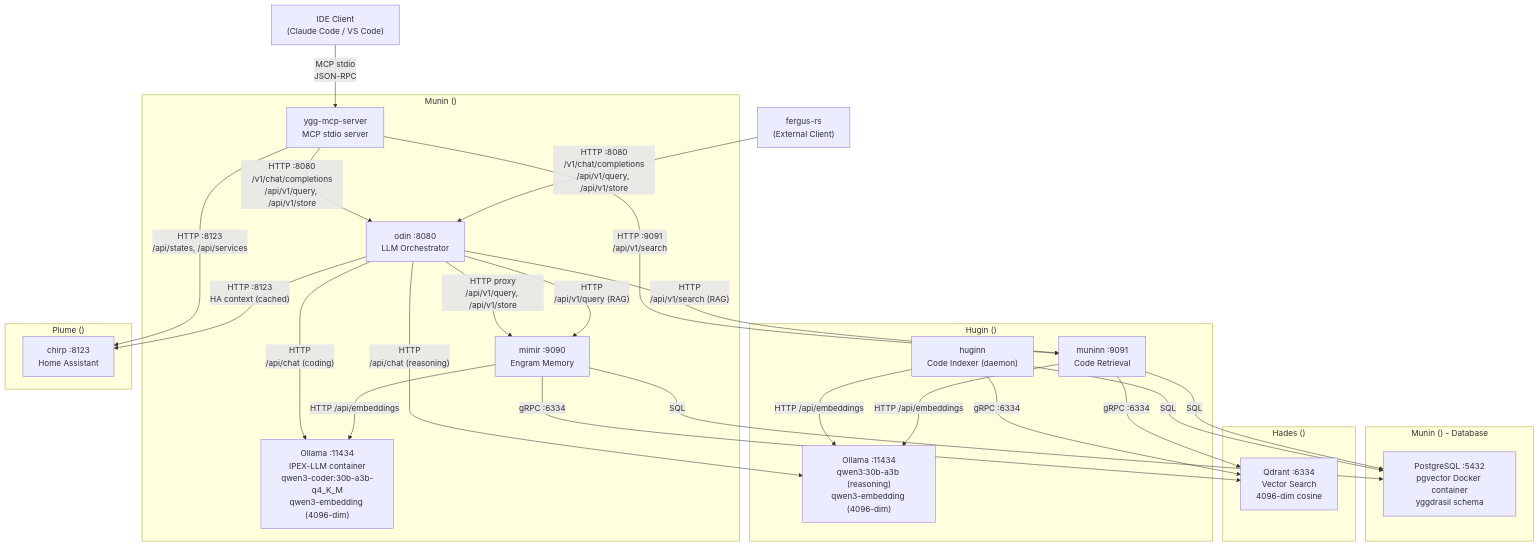
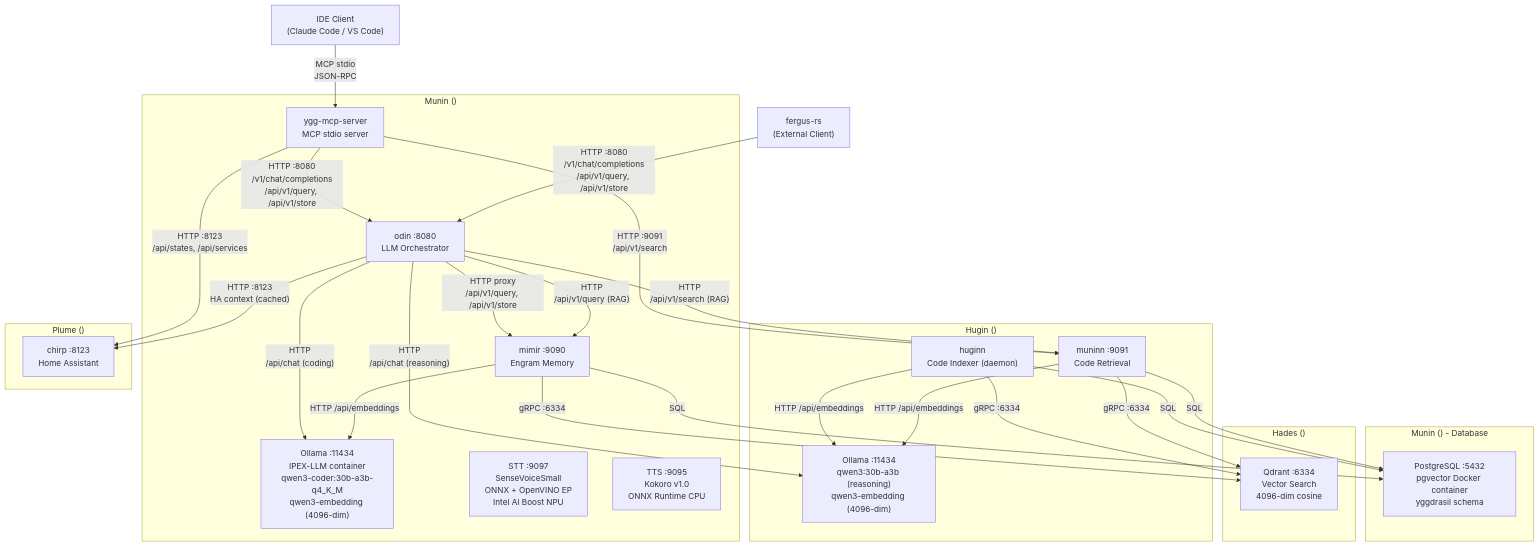
The first of 10 diagrams in yggdrasil/docs/ARCHITECTURE.md (GrandpaSatan/Yggdrasil), drawn with Mermaid before and after one commit. The commit also changed other lines of this file and 6 other files, not shown here.

First line of the commit message:
feat: accelerate STT on Intel NPU via OpenVINO EP (Sprint 045)

````diff
--- a/yggdrasil/docs/ARCHITECTURE.md
+++ b/yggdrasil/docs/ARCHITECTURE.md
@@ -9,48 +9,50 @@
 ```mermaid
 graph TB
     subgraph Munin["Munin (<munin-ip>)"]
         Odin["odin :8080<br/>LLM Orchestrator"]
         Mimir["mimir :9090<br/>Engram Memory"]
         McpServer["ygg-mcp-server<br/>MCP stdio server"]
         OllamaM["Ollama :11434<br/>IPEX-LLM container<br/>qwen3-coder:30b-a3b-q4_K_M<br/>qwen3-embedding (4096-dim)"]
+        STT["STT :9097<br/>SenseVoiceSmall<br/>ONNX + OpenVINO EP<br/>Intel AI Boost NPU"]
+        TTS["TTS :9095<br/>Kokoro v1.0<br/>ONNX Runtime CPU"]
     end
 
     subgraph Hugin["Hugin (<hugin-ip>)"]
         Huginn["huginn<br/>Code Indexer (daemon)"]
         Muninn["muninn :9091<br/>Code Retrieval"]
         OllamaH["Ollama :11434<br/>qwen3:30b-a3b (reasoning)<br/>qwen3-embedding (4096-dim)"]
     end
 
     subgraph MuninDB["Munin (<munin-ip>) - Database"]
         PG["PostgreSQL :5432<br/>pgvector Docker container<br/>yggdrasil schema"]
     end
 
     subgraph Hades["Hades (<hades-ip>)"]
         QD["Qdrant :6334<br/>Vector Search<br/>4096-dim cosine"]
     end
 
     subgraph Plume["Plume (<plume-ip>)"]
         HA["chirp :8123<br/>Home Assistant"]
     end
 
     IDE["IDE Client<br/>(Claude Code / VS Code)"] -->|"MCP stdio<br/>JSON-RPC"| McpServer
     McpServer -->|"HTTP :8080<br/>/v1/chat/completions<br/>/api/v1/query, /api/v1/store"| Odin
     McpServer -->|"HTTP :9091<br/>/api/v1/search"| Muninn
     McpServer -->|"HTTP :8123<br/>/api/states, /api/services"| HA
     Fergus["fergus-rs<br/>(External Client)"] -->|"HTTP :8080<br/>/v1/chat/completions<br/>/api/v1/query, /api/v1/store"| Odin
     Odin -->|"HTTP proxy<br/>/api/v1/query, /api/v1/store"| Mimir
     Odin -->|"HTTP<br/>/api/v1/search (RAG)"| Muninn
     Odin -->|"HTTP<br/>/api/chat (coding)"| OllamaM
     Odin -->|"HTTP<br/>/api/chat (reasoning)"| OllamaH
     Odin -->|"HTTP<br/>/api/v1/query (RAG)"| Mimir
     Odin -->|"HTTP :8123<br/>HA context (cached)"| HA
     Mimir -->|HTTP /api/embeddings| OllamaM
     Mimir -->|SQL| PG
     Mimir -->|gRPC :6334| QD
     Huginn -->|HTTP /api/embeddings| OllamaH
     Huginn -->|SQL| PG
     Huginn -->|gRPC :6334| QD
     Muninn -->|HTTP /api/embeddings| OllamaH
     Muninn -->|SQL| PG
     Muninn -->|gRPC :6334| QD
 ```
````
